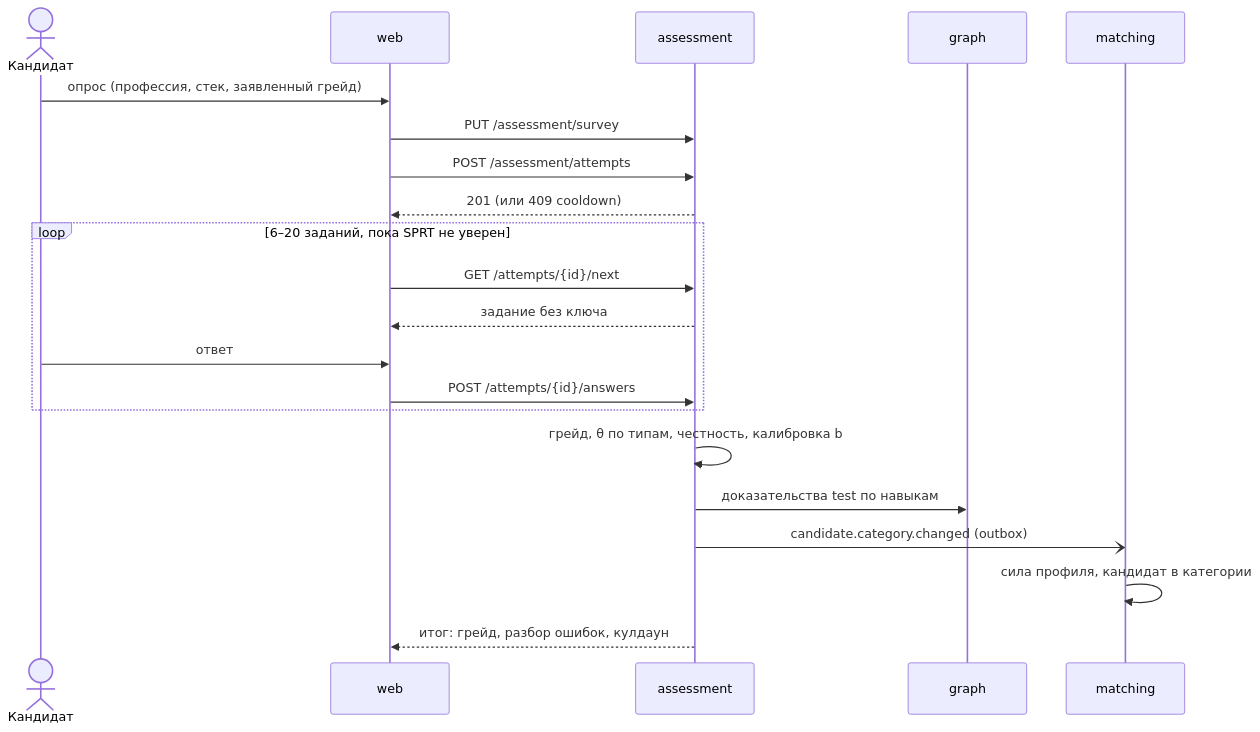
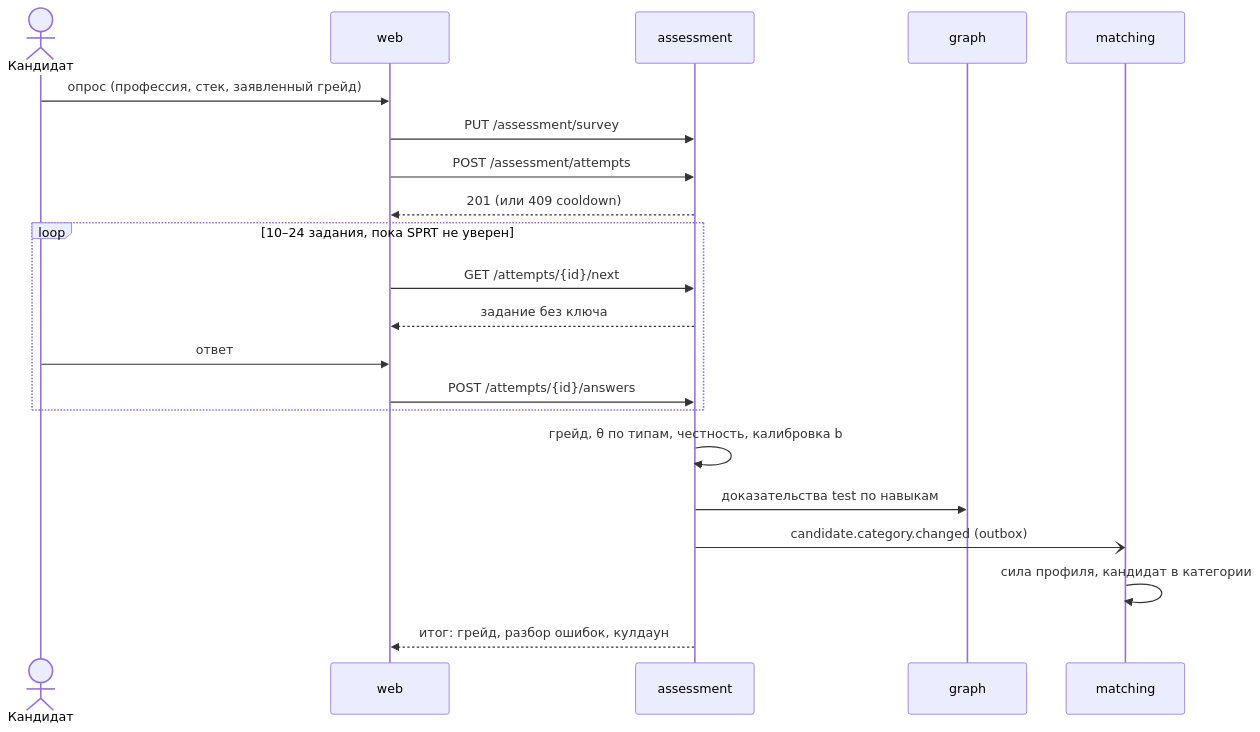
Before and after one commit to 34elo/lct-fsp: the third of 6 diagrams in docs/architecture/system.md, drawn with Mermaid. The commit also changed other lines of this file and 13 other files, not shown here.

````diff
--- a/docs/architecture/system.md
+++ b/docs/architecture/system.md
@@ -64,23 +64,23 @@
 ```mermaid
 sequenceDiagram
     actor C as Кандидат
     participant W as web
     participant A as assessment
     participant G as graph
     participant M as matching
     C->>W: опрос (профессия, стек, заявленный грейд)
     W->>A: PUT /assessment/survey
     W->>A: POST /assessment/attempts
     A-->>W: 201 (или 409 cooldown)
-    loop 6–20 заданий, пока SPRT не уверен
+    loop 10–24 задания, пока SPRT не уверен
         W->>A: GET /attempts/{id}/next
         A-->>W: задание без ключа
         C->>W: ответ
         W->>A: POST /attempts/{id}/answers
     end
     A->>A: грейд, θ по типам, честность, калибровка b
     A->>G: доказательства test по навыкам
     A-)M: candidate.category.changed (outbox)
     M->>M: сила профиля, кандидат в категории
     A-->>W: итог: грейд, разбор ошибок, кулдаун
 ```
````
